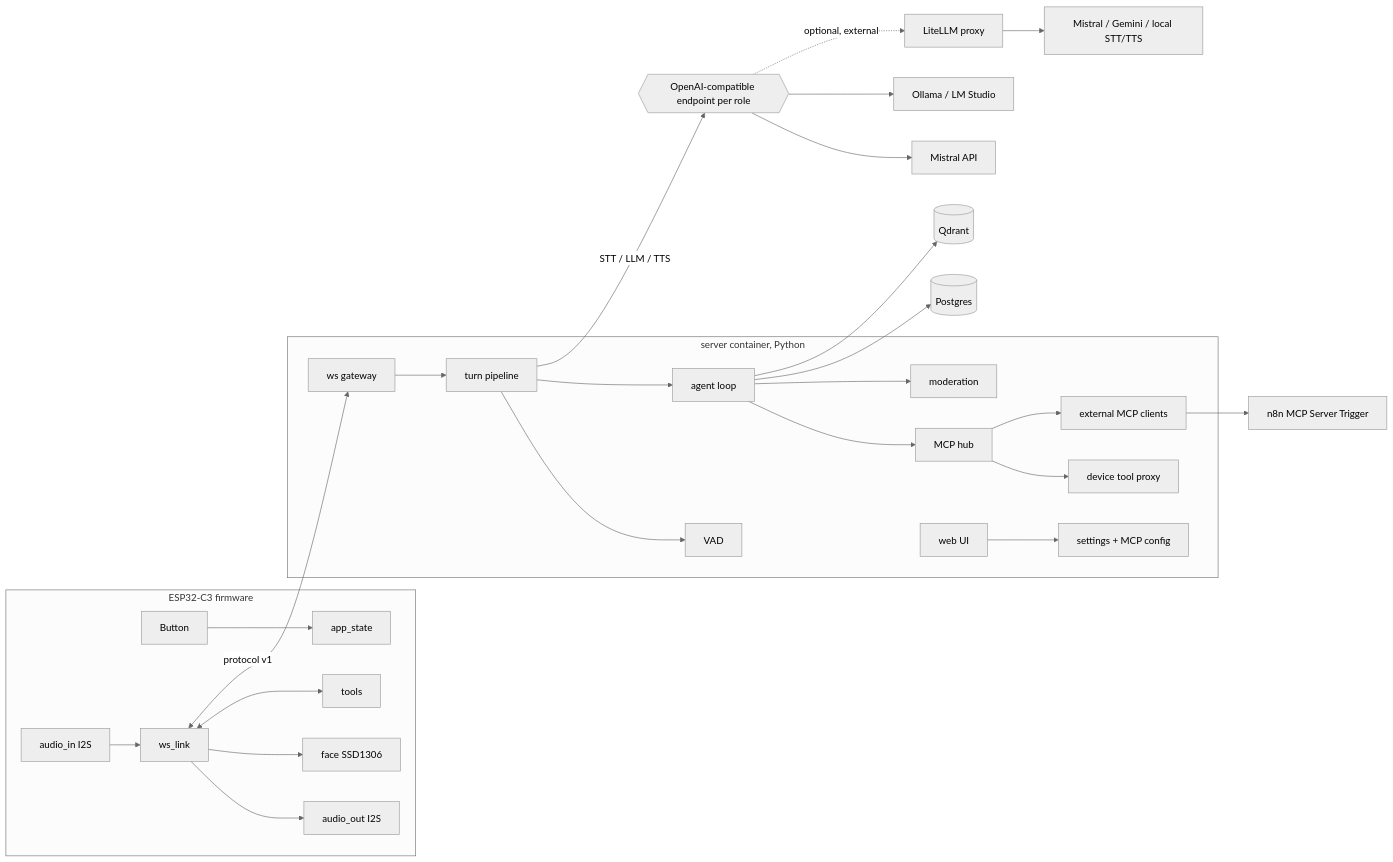
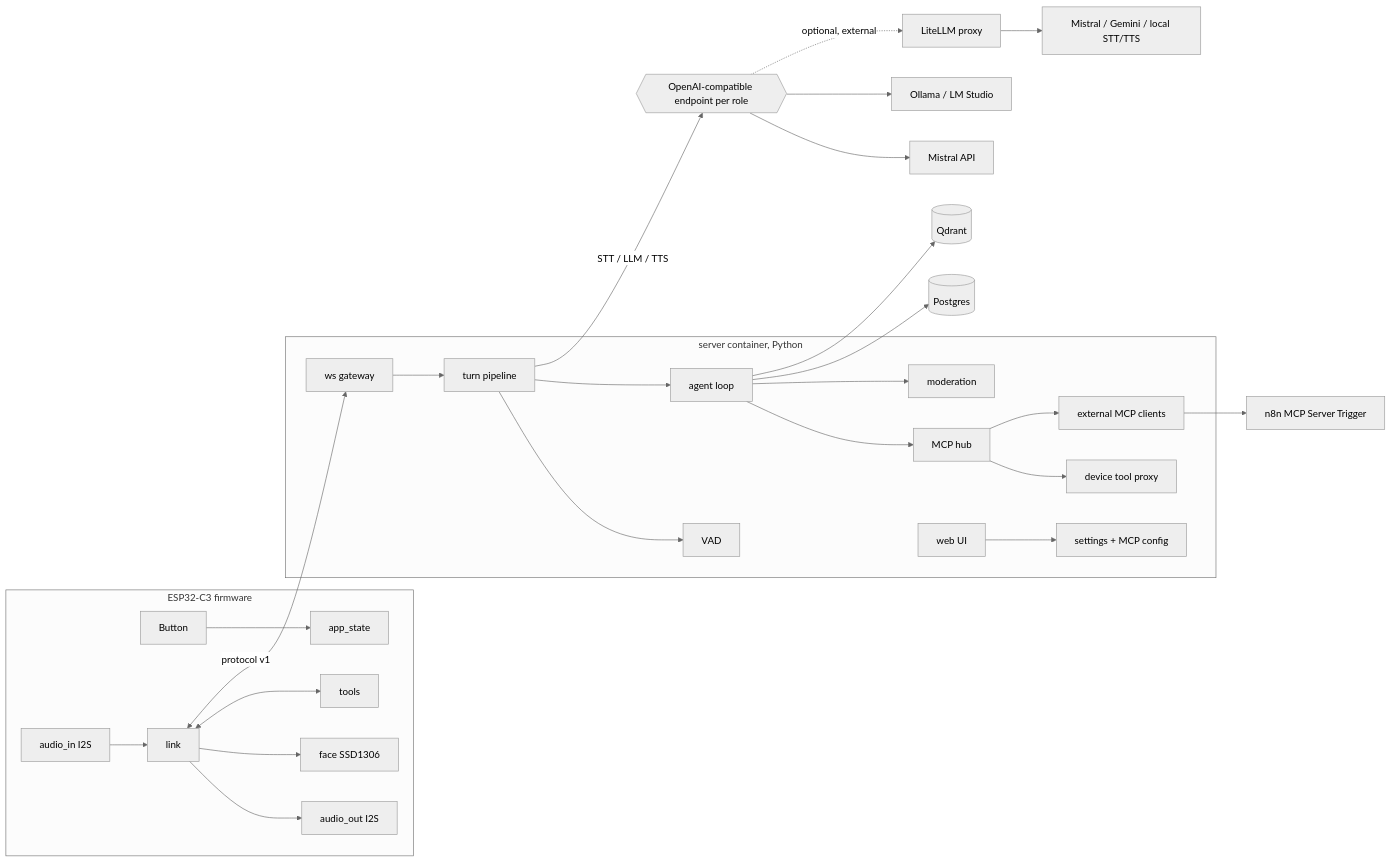
The first of 2 diagrams in docs/architecture.md (Stihotvor/open-thought-ai), drawn with Mermaid (neutral theme) before and after one commit. The commit also changed other lines of this file and 9 other files, not shown here.

````diff
--- a/docs/architecture.md
+++ b/docs/architecture.md
@@ -4,29 +4,29 @@
 ```mermaid
 flowchart LR
   subgraph Device[ESP32-C3 firmware]
     BTN[Button] --> APP[app_state]
-    MIC[audio_in I2S] --> LINK[ws_link]
+    MIC[audio_in I2S] --> LINK[link]
     LINK --> SPK[audio_out I2S]
     LINK --> FACE[face SSD1306]
     LINK <--> DT[tools]
   end
   subgraph Server[server container, Python]
     GW[ws gateway] --> TURN[turn pipeline]
     TURN --> VAD[VAD]
     TURN --> AG[agent loop]
     AG --> HUB[MCP hub]
     HUB --> DTP[device tool proxy]
     HUB --> EXT[external MCP clients]
     AG --> MOD[moderation]
     UI[web UI] --> CFG[settings + MCP config]
   end
   LINK <-- protocol v1 --> GW
   TURN -- STT / LLM / TTS --> EP{{OpenAI-compatible endpoint per role}}
   EP --> P1[Mistral API]
   EP --> P2[Ollama / LM Studio]
   EP -. optional, external .-> LLMP[LiteLLM proxy]
   LLMP --> P3[Mistral / Gemini / local STT/TTS]
   EXT --> N8N[n8n MCP Server Trigger]
   AG --> PG[(Postgres)]
   AG --> QD[(Qdrant)]
 ```
````
